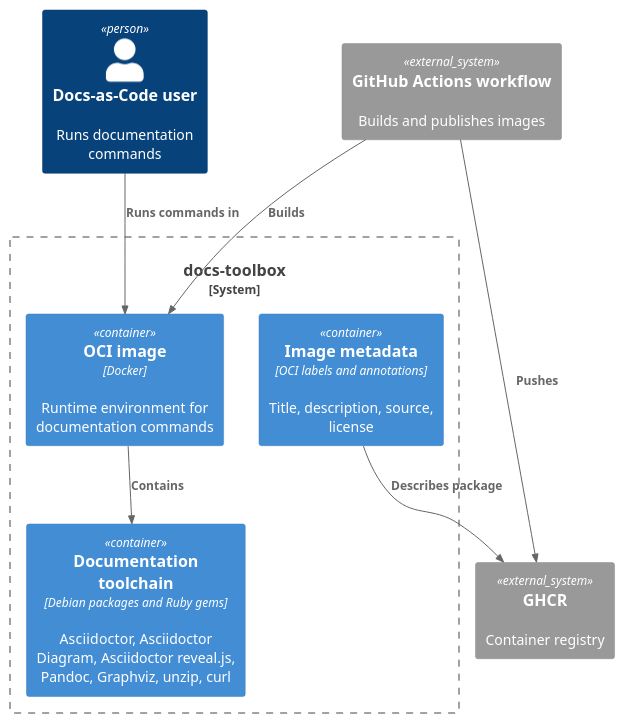
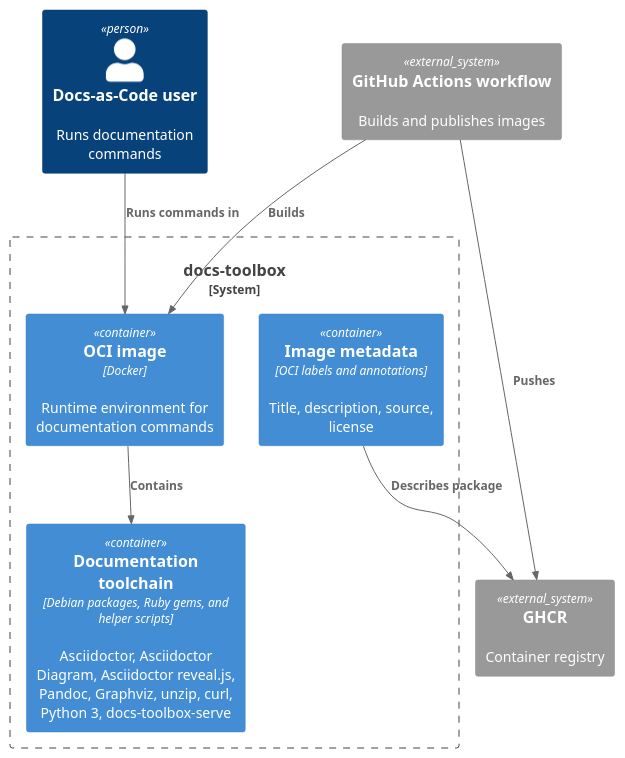
Before and after one commit to docs-as-code-toolkit/docs-toolbox: the diagram in src/docs/arc42/05-building-block-view/doc-05001-level-1.adoc, drawn with PlantUML. The commit also changed other lines of this file and 10 other files, not shown here.

```diff
--- a/src/docs/arc42/05-building-block-view/doc-05001-level-1.adoc
+++ b/src/docs/arc42/05-building-block-view/doc-05001-level-1.adoc
@@ -31,21 +31,21 @@
 [plantuml, docs-toolbox-building-blocks, svg]
 ----
 @startuml
 !include <C4/C4_Container>
 
 Person(user, "Docs-as-Code user", "Runs documentation commands")
 System_Boundary(toolbox, "docs-toolbox") {
   Container(image, "OCI image", "Docker", "Runtime environment for documentation commands")
-  Container(toolchain, "Documentation toolchain", "Debian packages and Ruby gems", "Asciidoctor, Asciidoctor Diagram, Asciidoctor reveal.js, Pandoc, Graphviz, unzip, curl")
+  Container(toolchain, "Documentation toolchain", "Debian packages, Ruby gems, and helper scripts", "Asciidoctor, Asciidoctor Diagram, Asciidoctor reveal.js, Pandoc, Graphviz, unzip, curl, Python 3, docs-toolbox-serve")
   Container(metadata, "Image metadata", "OCI labels and annotations", "Title, description, source, license")
 }
 System_Ext(ghcr, "GHCR", "Container registry")
 System_Ext(workflow, "GitHub Actions workflow", "Builds and publishes images")
 
 Rel(user, image, "Runs commands in")
 Rel(image, toolchain, "Contains")
 Rel(workflow, image, "Builds")
 Rel(workflow, ghcr, "Pushes")
 Rel(metadata, ghcr, "Describes package")
 @enduml
 ----
```
